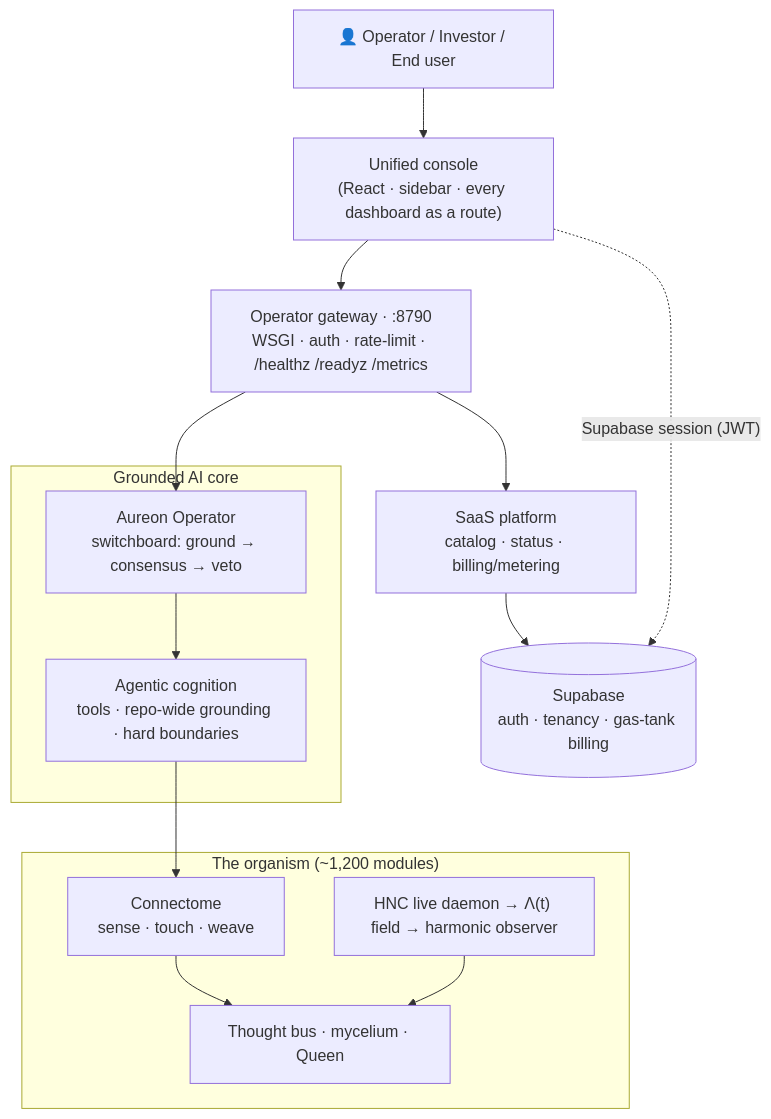
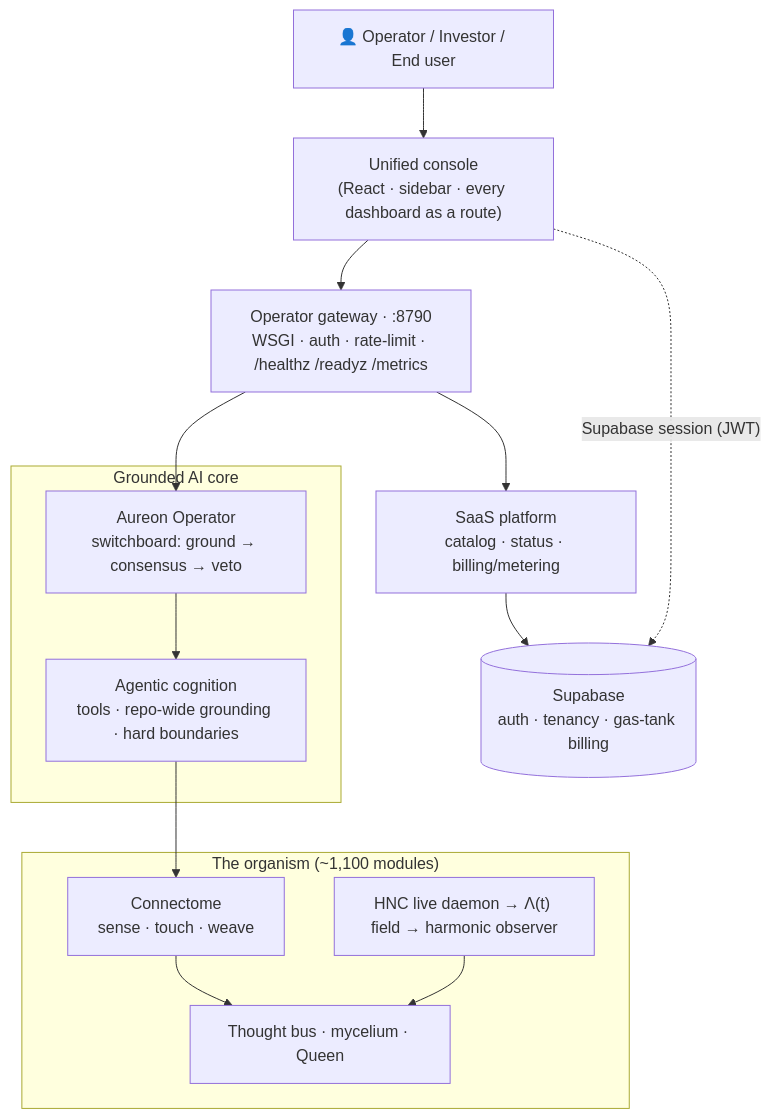
The diagram in README.md (RA-CONSULTING/Aureon-OS), drawn with Mermaid before and after one commit. The commit also changed other lines of this file, not shown here.

````diff
--- a/README.md
+++ b/README.md
@@ -44,28 +44,28 @@
 ```mermaid
 flowchart TB
     user["👤 Operator / Investor / End user"]
     console["Unified console<br/>(React · sidebar · every dashboard as a route)"]
     gateway["Operator gateway · :8790<br/>WSGI · auth · rate-limit · /healthz /readyz /metrics"]
 
     subgraph brain["Grounded AI core"]
         operator["Aureon Operator<br/>switchboard: ground → consensus → veto"]
         cognition["Agentic cognition<br/>tools · repo-wide grounding · hard boundaries"]
     end
 
-    subgraph organism["The organism (~1,200 modules)"]
+    subgraph organism["The organism (~1,100 modules)"]
         connectome["Connectome<br/>sense · touch · weave"]
         bus["Thought bus · mycelium · Queen"]
         hnc["HNC live daemon → Λ(t) field → harmonic observer"]
     end
 
     saas["SaaS platform<br/>catalog · status · billing/metering"]
     supabase[("Supabase<br/>auth · tenancy · gas-tank billing")]
 
     user --> console --> gateway
     gateway --> operator --> cognition
     gateway --> saas
     cognition --> connectome --> bus
     hnc --> bus
     saas --> supabase
     console -. "Supabase session (JWT)" .-> supabase
 ```
````
